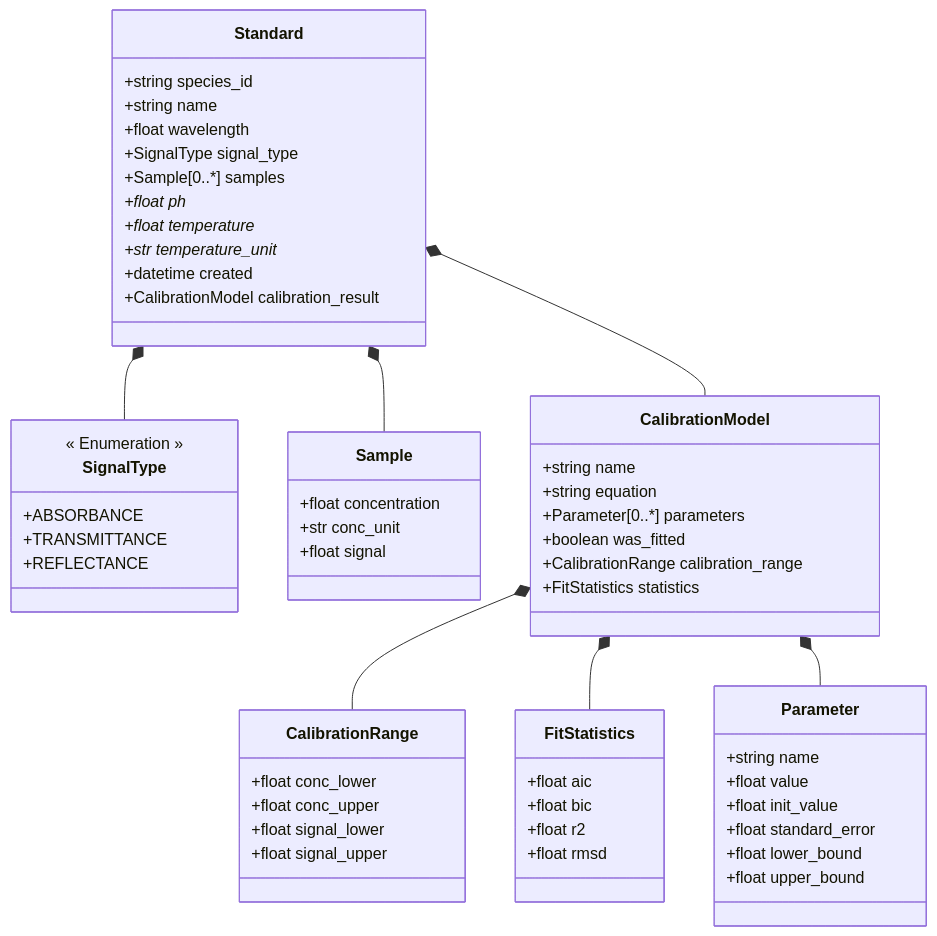
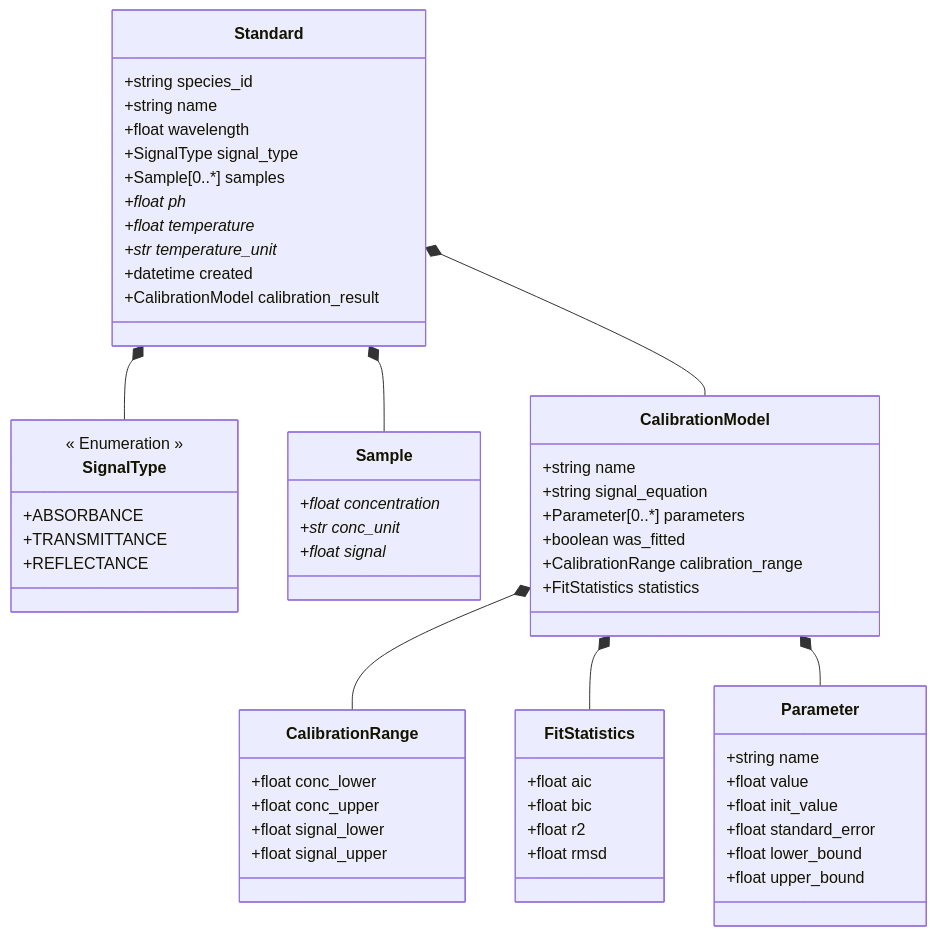
The diagram in CaliPytion2/schemes/calipytion2_schema.md (FAIRChemistry/datamodel_calibration), drawn with Mermaid before and after one commit. The commit also changed 3 other files, not shown here.

````diff
--- a/CaliPytion2/schemes/calipytion2_schema.md
+++ b/CaliPytion2/schemes/calipytion2_schema.md
@@ -1,68 +1,68 @@
 ```mermaid
 classDiagram
     Standard *-- SignalType
     Standard *-- Sample
     Standard *-- CalibrationModel
     CalibrationModel *-- CalibrationRange
     CalibrationModel *-- FitStatistics
     CalibrationModel *-- Parameter
     
     class Standard {
         +string species_id
         +string name
         +float wavelength
         +SignalType signal_type
         +Sample[0..*] samples
         +float ph*
         +float temperature*
         +str temperature_unit*
         +datetime created
         +CalibrationModel calibration_result
     }
     
     class Sample {
-        +float concentration
-        +str conc_unit
-        +float signal
+        +float concentration*
+        +str conc_unit*
+        +float signal*
     }
     
     class CalibrationModel {
         +string name
-        +string equation
+        +string signal_equation
         +Parameter[0..*] parameters
         +boolean was_fitted
         +CalibrationRange calibration_range
         +FitStatistics statistics
     }
     
     class CalibrationRange {
         +float conc_lower
         +float conc_upper
         +float signal_lower
         +float signal_upper
     }
     
     class FitStatistics {
         +float aic
         +float bic
         +float r2
         +float rmsd
     }
     
     class Parameter {
         +string name
         +float value
         +float init_value
         +float standard_error
         +float lower_bound
         +float upper_bound
     }
     
     class SignalType {
         << Enumeration >>
         +ABSORBANCE
         +TRANSMITTANCE
         +REFLECTANCE
     }
     
 ```
````
